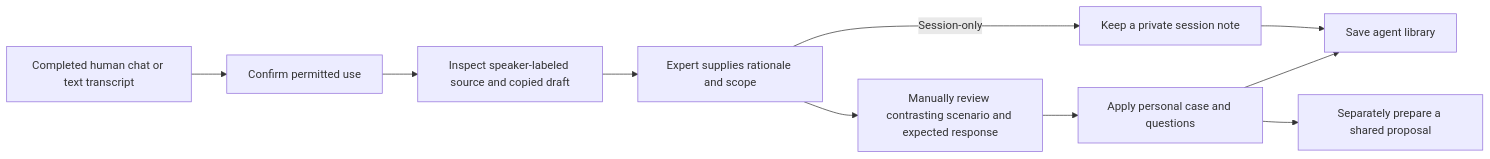
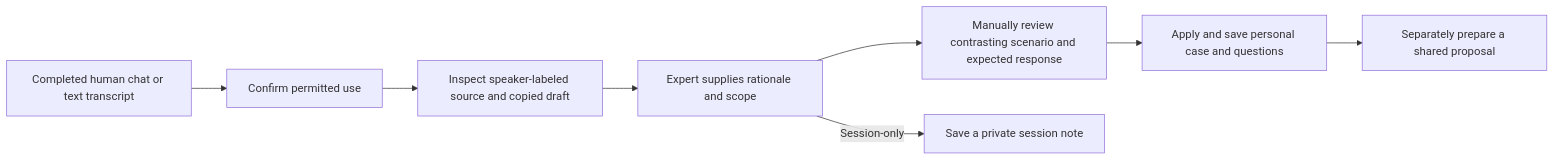
The third of 7 diagrams in design/agent-customization-flows.md (sanolamian12/neo-luddite), drawn with Mermaid before and after one commit. The commit also changed other lines of this file and 28 other files, not shown here.

````diff
--- a/design/agent-customization-flows.md
+++ b/design/agent-customization-flows.md
@@ -40,12 +44,10 @@
 ```mermaid
 flowchart LR
   Source[Completed human chat or text transcript] --> Permission[Confirm permitted use]
   Permission --> Excerpts[Inspect speaker-labeled source and copied draft]
   Excerpts --> Rationale[Expert supplies rationale and scope]
   Rationale --> Variation[Manually review contrasting scenario and expected response]
-  Variation --> Private[Apply personal case and questions]
-  Rationale -->|Session-only| Note[Keep a private session note]
-  Private --> Save[Save agent library]
-  Note --> Save
+  Variation --> Private[Apply and save personal case and questions]
+  Rationale -->|Session-only| Note[Save a private session note]
   Private --> Proposal[Separately prepare a shared proposal]
 ```
````
